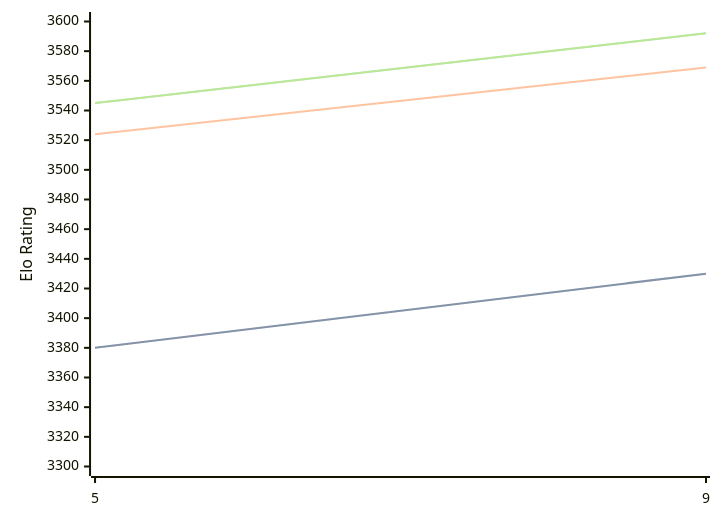
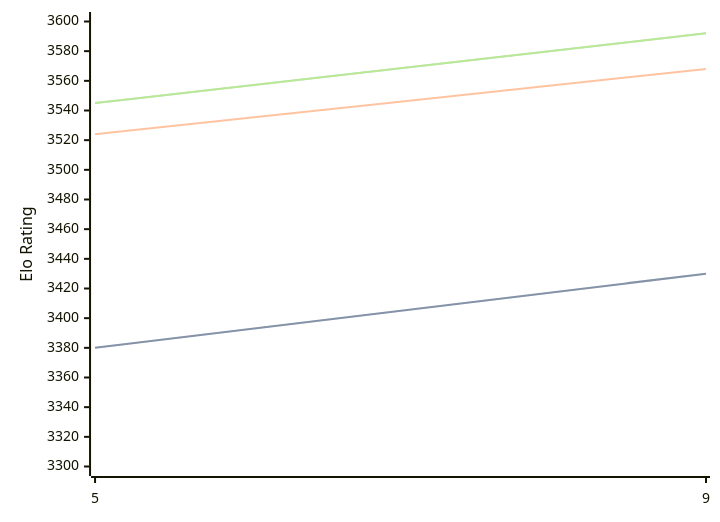
The diagram in engines/Crystal.md (computer-chess-index/cci), drawn with Mermaid before and after one commit. The commit also changed other lines of this file, not shown here.

````diff
--- a/engines/Crystal.md
+++ b/engines/Crystal.md
@@ -32,11 +32,11 @@
 ```mermaid
 %%{init: {"theme":"base","themeVariables":{"seriesColors:['#a3a3a3','#222221','#faa371']}}}%%
 xychart-beta
   x-axis ["5", "9"]
   y-axis "Elo Rating" 3300 --> 3600
   line "" [3380, 3430]
   line "STC (8.0+0.08s)" [3380, 3430]
-  line "LTC (60.0+0.60s)" [3524, 3569]
+  line "LTC (60.0+0.60s)" [3524, 3568]
   line "" [3545, 3592]
   line "VLTC (2m24s+1.12s)" [3545, 3592]
 ```
````
